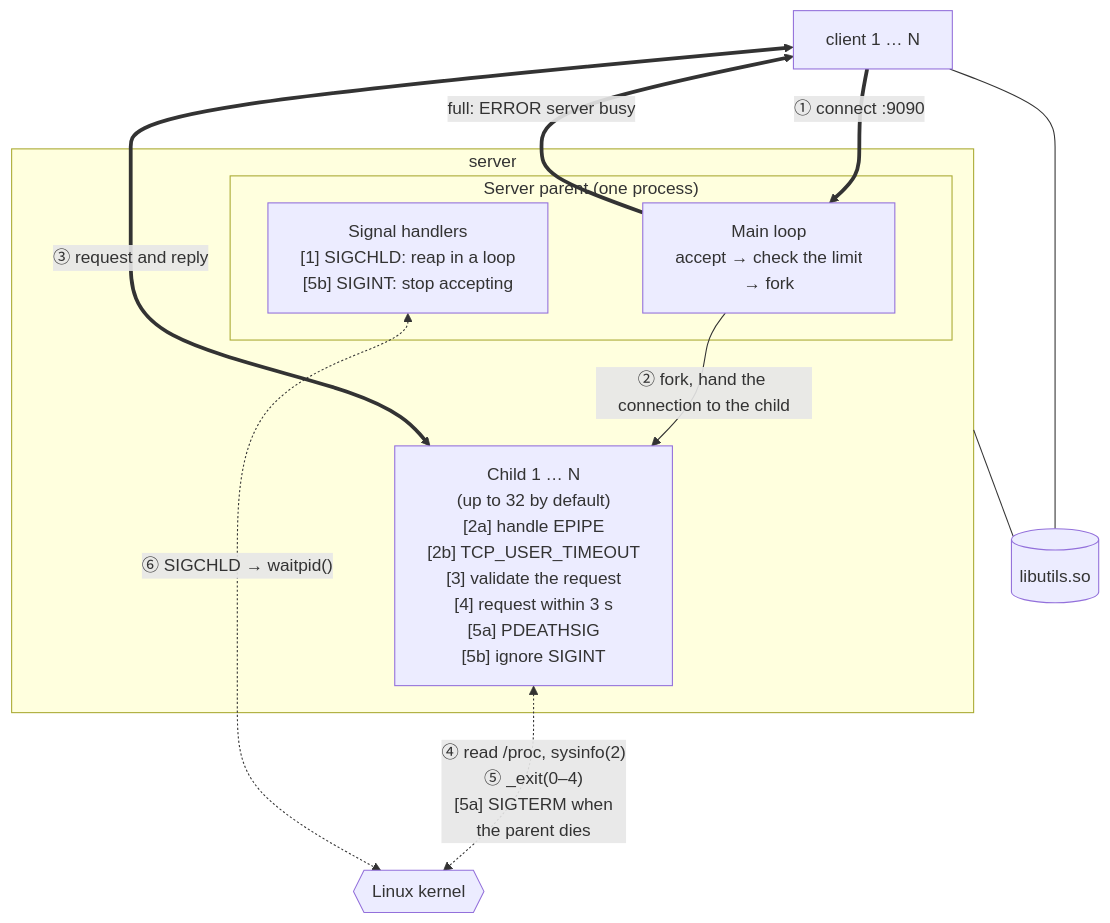
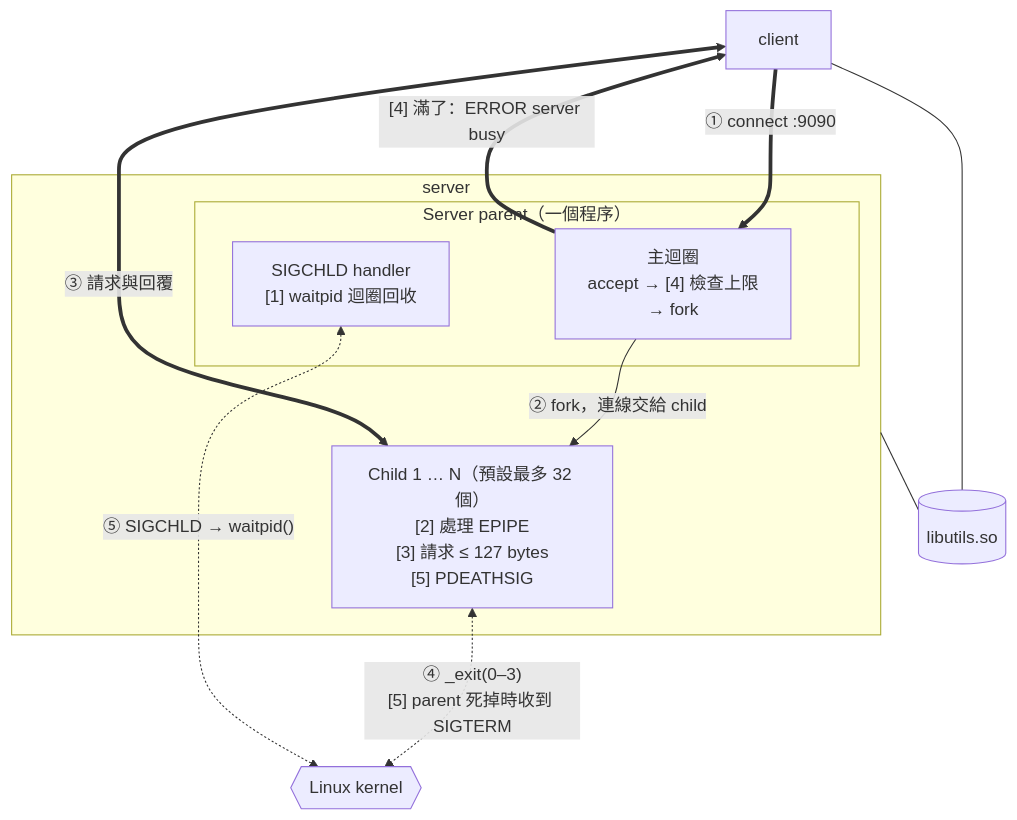
The first of 2 diagrams in docs/system-design.md (t115ab8044/NP_SysInfo), drawn with Mermaid before and after one commit. The commit also changed other lines of this file and 47 other files, not shown here.

````diff
--- a/docs/system-design.md
+++ b/docs/system-design.md
@@ -21,22 +19,22 @@
 ```mermaid
 flowchart TD
-    C["client 1 … N"]
+    C["client"]
     subgraph SRV["server"]
-        subgraph P["Server parent (one process)"]
-            A["Main loop<br/>accept → check the limit<br/>→ fork"]
-            H["Signal handlers<br/>[1] SIGCHLD: reap in a loop<br/>[5b] SIGINT: stop accepting"]
+        subgraph P["Server parent（一個程序）"]
+            A["主迴圈<br/>accept → [4] 檢查上限<br/>→ fork"]
+            H["SIGCHLD handler<br/>[1] waitpid 迴圈回收"]
         end
-        K["Child 1 … N<br/>(up to 32 by default)<br/>[2a] handle EPIPE<br/>[2b] TCP_USER_TIMEOUT<br/>[3] validate the request<br/>[4] request within 3 s<br/>[5a] PDEATHSIG<br/>[5b] ignore SIGINT"]
+        K["Child 1 … N（預設最多 32 個）<br/>[2] 處理 EPIPE<br/>[3] 請求 ≤ 127 bytes<br/>[5] PDEATHSIG"]
     end
     OS{{"Linux kernel"}}
     SO[("libutils.so")]
 
     C ==>|"① connect :9090"| A
-    A ==>|"full: ERROR server busy"| C
-    A -->|"② fork, hand the connection to the child"| K
-    C <==>|"③ request and reply"| K
-    K <-.->|"④ read /proc, sysinfo(2)<br/>⑤ _exit(0–4)<br/>[5a] SIGTERM when<br/>the parent dies"| OS
-    H <-.->|"⑥ SIGCHLD → waitpid()"| OS
+    A ==>|"[4] 滿了：ERROR server busy"| C
+    A -->|"② fork，連線交給 child"| K
+    C <==>|"③ 請求與回覆"| K
+    K <-.->|"④ _exit(0–3)<br/>[5] parent 死掉時收到 SIGTERM"| OS
+    H <-.->|"⑤ SIGCHLD → waitpid()"| OS
     C --- SO
     SRV --- SO
 ```
````
